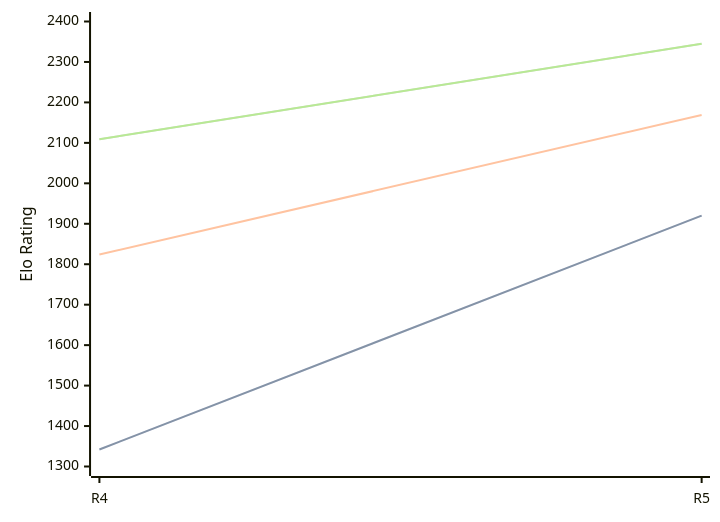
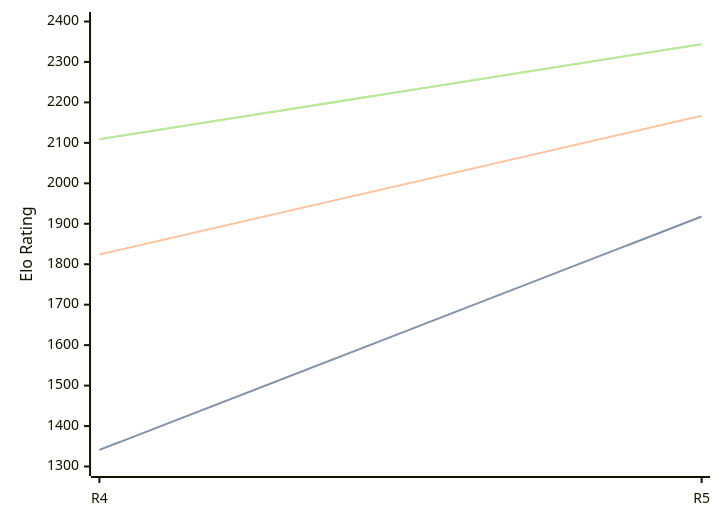
The first of 3 diagrams in engines/Viking.md (computer-chess-index/cci), drawn with Mermaid before and after one commit. The commit also changed other lines of this file, not shown here.

Commit message:
Update CCI Ratings (ELO VLTC) - 2026-06-26

````diff
--- a/engines/Viking.md
+++ b/engines/Viking.md
@@ -35,11 +35,11 @@
 ```mermaid
 %%{init: {"theme":"base","themeVariables":{"seriesColors:['#a3a3a3','#222221','#faa371']}}}%%
 xychart-beta
   x-axis ["R4", "R5"]
   y-axis "Elo Rating" 1300 --> 2400
-  line "STC (8.0+0.08s)" [1342, 1920]
-  line "STC (8.0+0.08s)" [1342, 1920]
-  line "LTC (60.0+0.60s)" [1824, 2169]
-  line "VLTC (2m24s+1.12s)" [2109, 2345]
-  line "VLTC (2m24s+1.12s)" [2109, 2345]
+  line "STC (8.0+0.08s)" [1341, 1918]
+  line "STC (8.0+0.08s)" [1341, 1918]
+  line "LTC (60.0+0.60s)" [1824, 2167]
+  line "VLTC (2m24s+1.12s)" [2109, 2344]
+  line "VLTC (2m24s+1.12s)" [2109, 2344]
 ```
````
